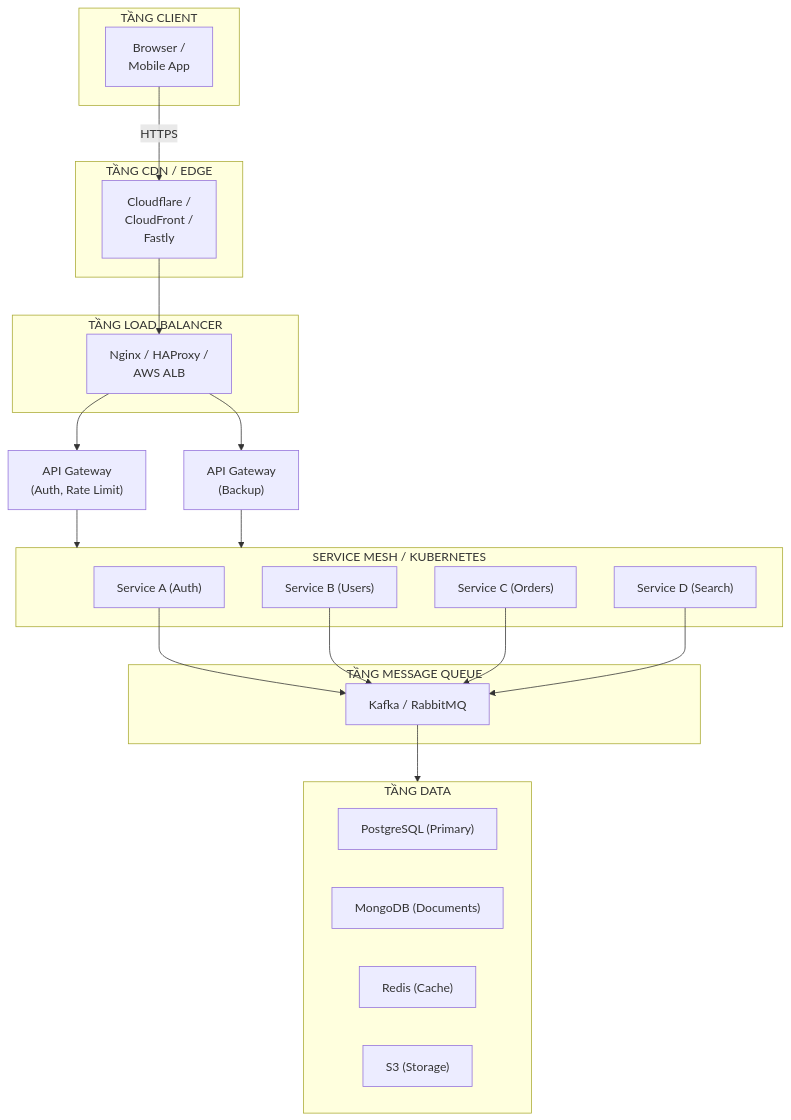
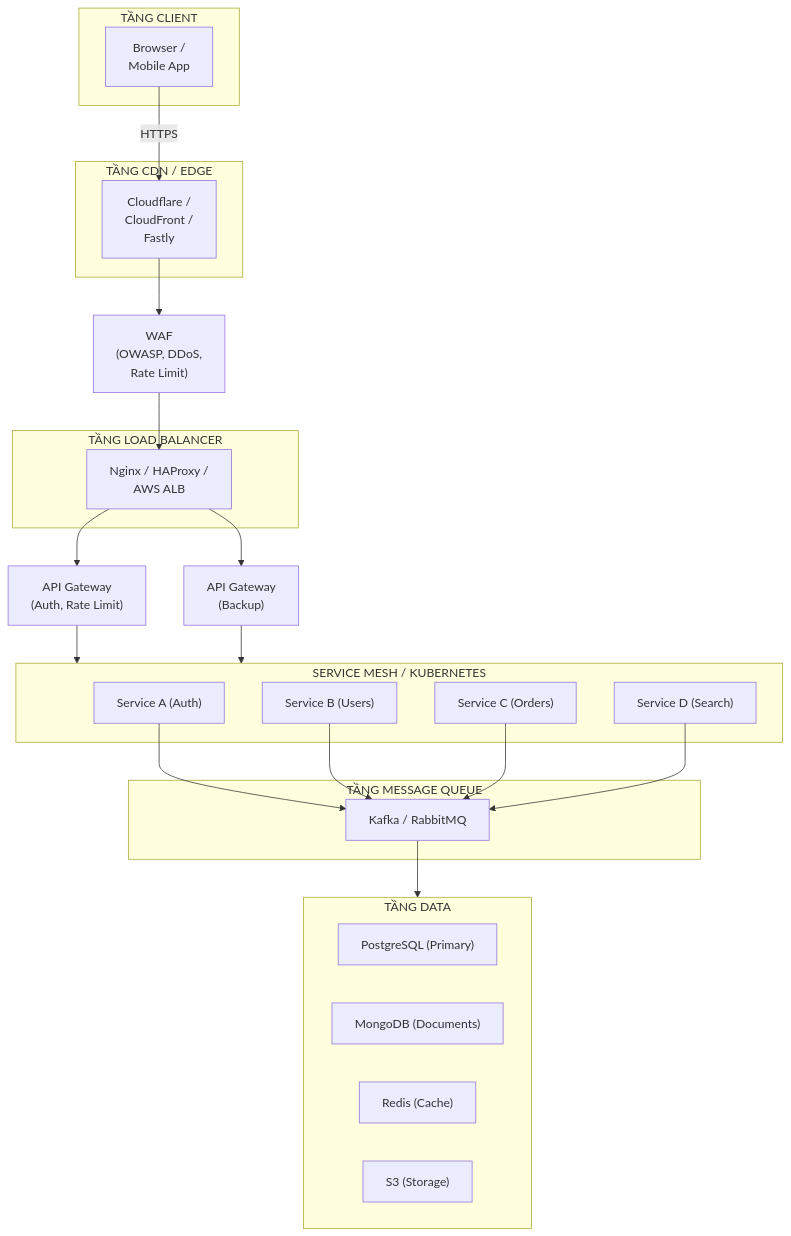
Before and after one commit to Mrnobody102/it-interview-prep: the diagram in src/content/vi/he-thong/production-app-architecture.md, drawn with Mermaid. The commit also changed other lines of this file and 51 other files, not shown here.

````diff
--- a/src/content/vi/he-thong/production-app-architecture.md
+++ b/src/content/vi/he-thong/production-app-architecture.md
@@ -5,40 +5,42 @@
 ```mermaid
 flowchart TD
     subgraph CL["TẦNG CLIENT"]
         C_CLIENT["Browser /<br>Mobile App"]
     end
     C_CLIENT -->|HTTPS| CDN_EDGE
     subgraph CDN["TẦNG CDN / EDGE"]
         CDN_EDGE["Cloudflare /<br>CloudFront /<br>Fastly"]
     end
-    CDN_EDGE --> LB
+    CDN_EDGE --> WAF
+    WAF["WAF<br>(OWASP, DDoS,<br>Rate Limit)"]
+    WAF --> LB
     subgraph LB_LAYER["TẦNG LOAD BALANCER"]
         LB["Nginx / HAProxy /<br>AWS ALB"]
     end
     LB --> AG1
     LB --> AG2
     AG1["API Gateway<br>(Auth, Rate Limit)"]
     AG2["API Gateway<br>(Backup)"]
     AG1 --> SM
     AG2 --> SM
     subgraph SM["SERVICE MESH / KUBERNETES"]
         SVC_A["Service A (Auth)"]
         SVC_B["Service B (Users)"]
         SVC_C["Service C (Orders)"]
         SVC_D["Service D (Search)"]
     end
     SVC_A --> MQ
     SVC_B --> MQ
     SVC_C --> MQ
     SVC_D --> MQ
     subgraph MQ_LAYER["TẦNG MESSAGE QUEUE"]
         MQ["Kafka / RabbitMQ"]
     end
     MQ --> DL
     subgraph DL["TẦNG DATA"]
         PG["PostgreSQL (Primary)"]
         MG["MongoDB (Documents)"]
         RD["Redis (Cache)"]
         S3["S3 (Storage)"]
     end
 ```
````
